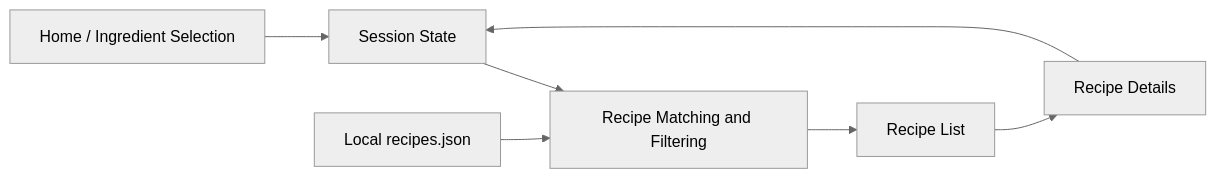
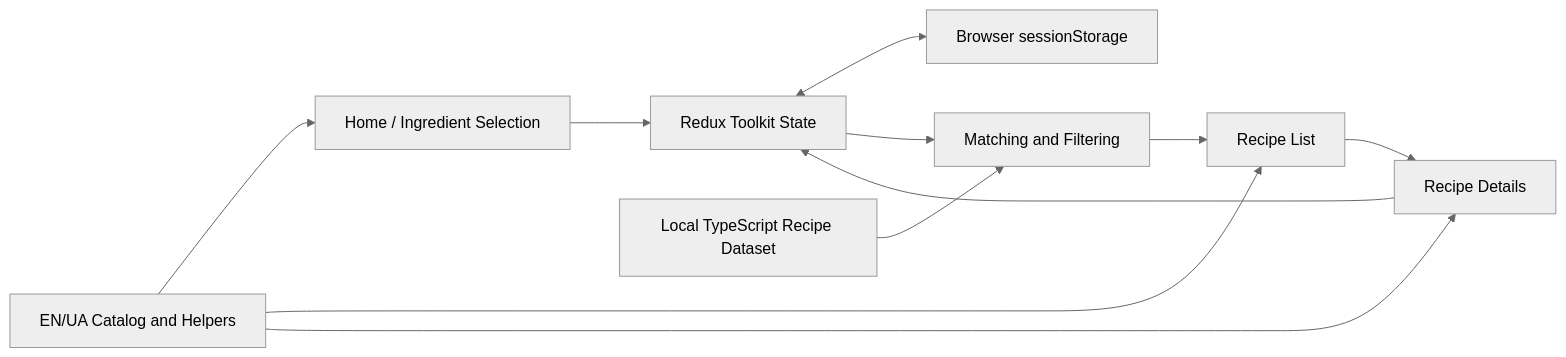
One commit to anastasiiapanasenko-svg/prompt-engineering-template changed the diagram in docs/recipe-generator/architecture.md. Above: the diagram before and after it, drawn with Mermaid (neutral theme). The commit also changed other lines of this file and 22 other files, not shown here.

First line of the commit message:
Final academic sync: update rules, skills, docs and UI architecture

````diff
--- a/docs/recipe-generator/architecture.md
+++ b/docs/recipe-generator/architecture.md
@@ -7,9 +7,13 @@
 ```mermaid
 flowchart LR
-  Home[Home / Ingredient Selection] --> State[Session State]
-  State --> Matching[Recipe Matching and Filtering]
-  Dataset[Local recipes.json] --> Matching
+  Home[Home / Ingredient Selection] --> State[Redux Toolkit State]
+  State <--> Session[Browser sessionStorage]
+  Dataset[Local TypeScript Recipe Dataset] --> Matching[Matching and Filtering]
+  State --> Matching
   Matching --> List[Recipe List]
   List --> Details[Recipe Details]
   Details --> State
+  I18n[EN/UA Catalog and Helpers] --> Home
+  I18n --> List
+  I18n --> Details
 ```
````
